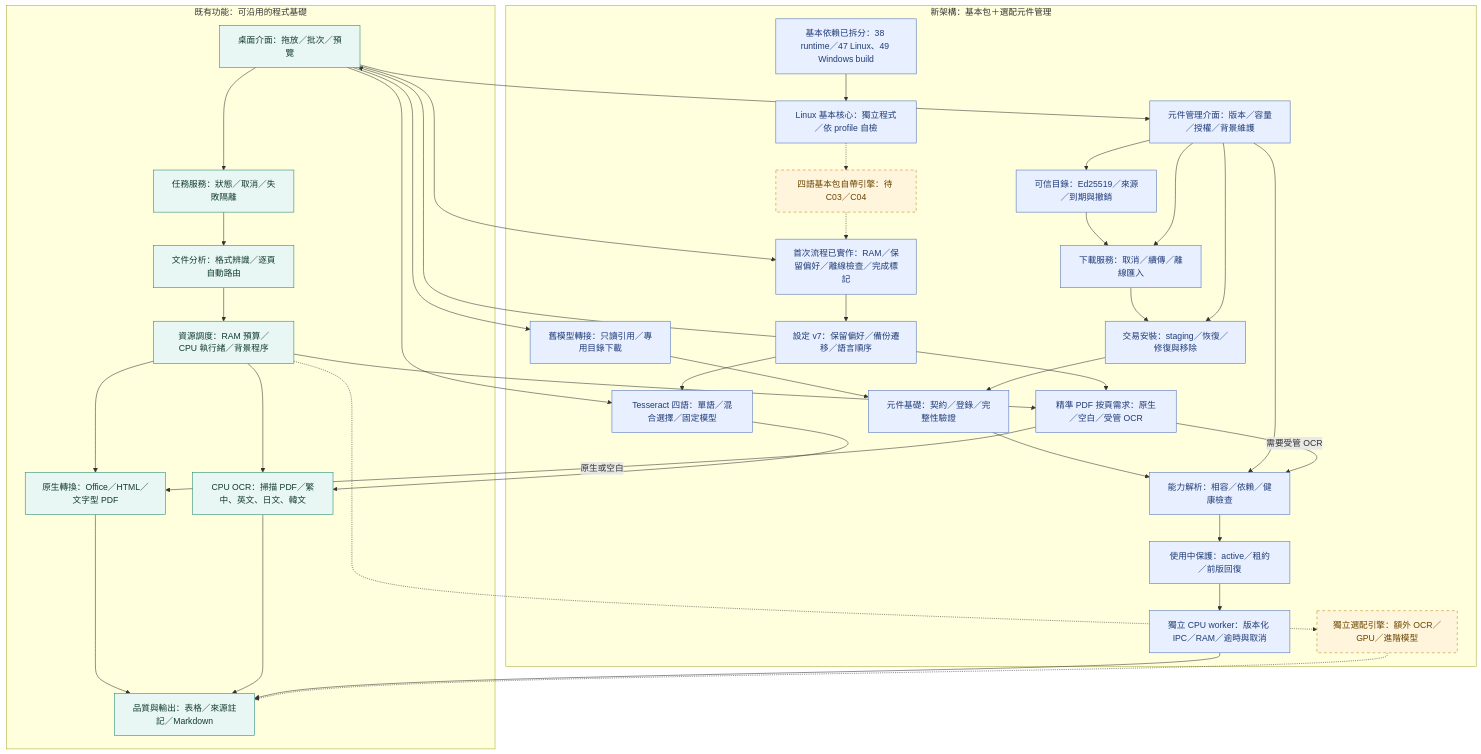
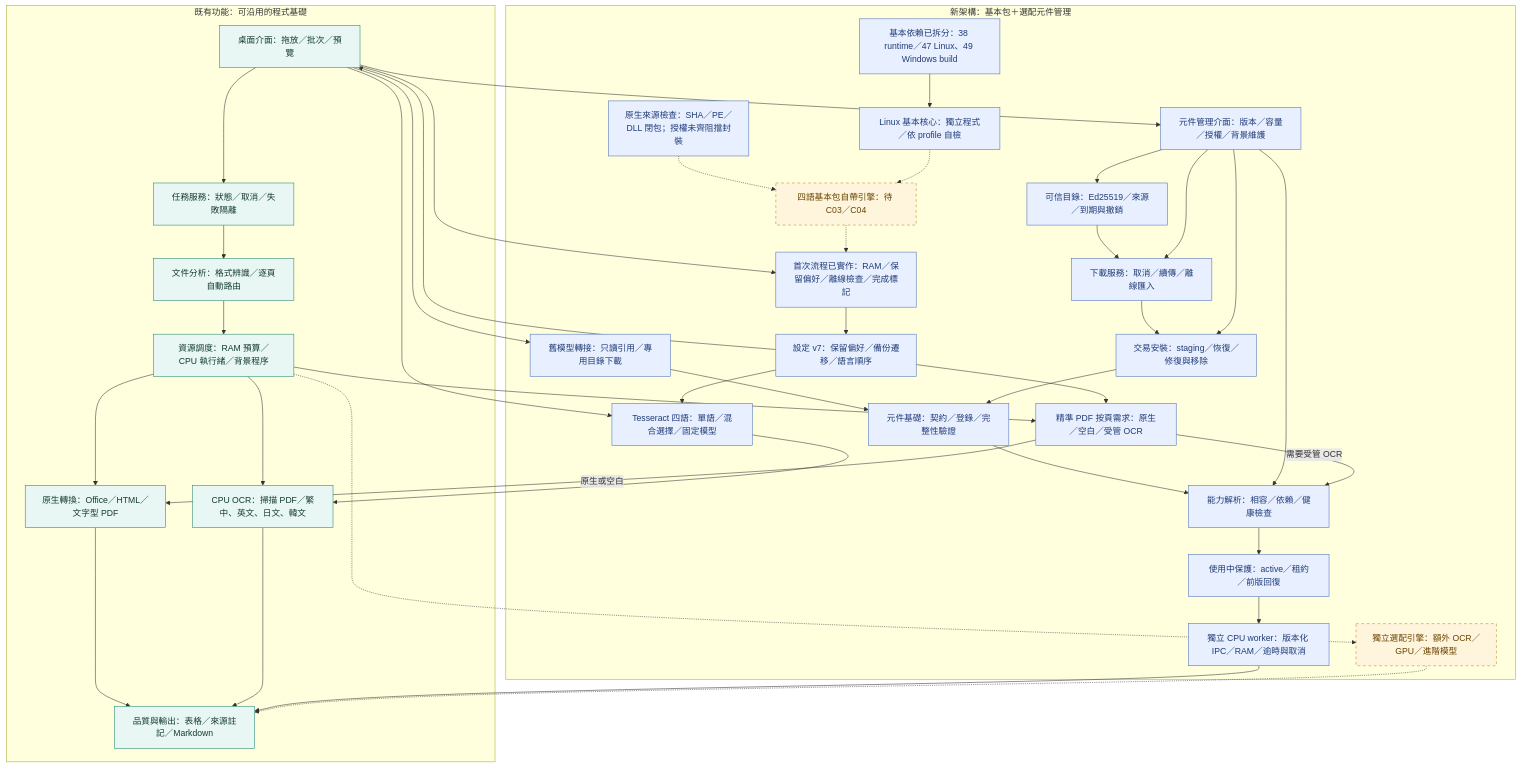
The diagram in README.md (ChouTa-chuan/MarkItDown-exe), drawn with Mermaid before and after one commit. The commit also changed other lines of this file and 62 other files, not shown here.

````diff
--- a/README.md
+++ b/README.md
@@ -21,62 +21,64 @@
 ```mermaid
 flowchart TD
     subgraph Existing["既有功能：可沿用的程式基礎"]
         UI["桌面介面：拖放／批次／預覽"] --> APP["任務服務：狀態／取消／失敗隔離"]
         APP --> PLAN["文件分析：格式辨識／逐頁自動路由"]
         PLAN --> RES["資源調度：RAM 預算／CPU 執行緒／背景程序"]
         RES --> NATIVE["原生轉換：Office／HTML／文字型 PDF"]
         RES --> OCR["CPU OCR：掃描 PDF／繁中、英文、日文、韓文"]
         NATIVE --> QUALITY["品質與輸出：表格／來源註記／Markdown"]
         OCR --> QUALITY
     end
     subgraph Planned["新架構：基本包＋選配元件管理"]
         COMPONENTUI["元件管理介面：版本／容量／授權／背景維護"]
         FIRST["四語基本包自帶引擎：待 C03／C04"]
         PROFILE["基本依賴已拆分：38 runtime／47 Linux、49 Windows build"]
         PROFILEBUILD["Linux 基本核心：獨立程式／依 profile 自檢"]
         FIRSTFLOW["首次流程已實作：RAM／保留偏好／離線檢查／完成標記"]
         COMPONENTS["元件基礎：契約／登錄／完整性驗證"]
         CAPABILITY["能力解析：相容／依賴／健康檢查"]
+        NATIVEASSETS["原生來源檢查：SHA／PE／DLL 閉包；授權未齊阻擋封裝"]
         LANGUAGES["Tesseract 四語：單語／混合選擇／固定模型"]
         ROUTE["精準 PDF 按頁需求：原生／空白／受管 OCR"]
         CPUWORKER["獨立 CPU worker：版本化 IPC／RAM／逾時與取消"]
         OPTIONAL["獨立選配引擎：額外 OCR／GPU／進階模型"]
         COMPONENTS --> CAPABILITY
         LEGACY["舊模型轉接：只讀引用／專用目錄下載"]
         PREFS["設定 v7：保留偏好／備份遷移／語言順序"]
         LEGACY --> COMPONENTS
         CATALOG["可信目錄：Ed25519／來源／到期與撤銷"] --> DOWNLOAD["下載服務：取消／續傳／離線匯入"]
         DOWNLOAD --> INSTALL["交易安裝：staging／恢復／修復與移除"]
         INSTALL --> COMPONENTS
         CAPABILITY --> LEASE["使用中保護：active／租約／前版回復"]
     end
     UI --> LANGUAGES
     LANGUAGES --> OCR
     PREFS --> LANGUAGES
     UI --> COMPONENTUI
     COMPONENTUI --> INSTALL
     COMPONENTUI --> CATALOG
     COMPONENTUI --> CAPABILITY
     LEASE --> CPUWORKER
     CPUWORKER --> QUALITY
     RES --> ROUTE
     ROUTE -->|需要受管 OCR| CAPABILITY
     ROUTE -->|原生或空白| NATIVE
     COMPONENTUI --> DOWNLOAD
     UI --> LEGACY
     PREFS --> UI
     UI --> FIRSTFLOW
     FIRSTFLOW --> PREFS
     PROFILE --> PROFILEBUILD
+    NATIVEASSETS -.-> FIRST
     PROFILEBUILD -.-> FIRST
     FIRST -.-> FIRSTFLOW
     PREFS --> ROUTE
     RES -.-> OPTIONAL
     OPTIONAL -.-> QUALITY
     classDef existing fill:#e8f7f3,stroke:#21856d,color:#153c31;
     classDef foundation fill:#e8efff,stroke:#4c6fb8,color:#203c77;
-    class COMPONENTS,CAPABILITY,LEGACY,PREFS,CATALOG,DOWNLOAD,INSTALL,LEASE,CPUWORKER,COMPONENTUI,FIRSTFLOW,ROUTE,PROFILE,PROFILEBUILD,LANGUAGES foundation;
+    class COMPONENTS,CAPABILITY,LEGACY,PREFS,CATALOG,DOWNLOAD,INSTALL,LEASE,CPUWORKER,COMPONENTUI,FIRSTFLOW,ROUTE,PROFILE,PROFILEBUILD,LANGUAGES,NATIVEASSETS foundation;
     classDef planned fill:#fff4dc,stroke:#be8519,color:#694500,stroke-dasharray:5 5;
     class UI,APP,PLAN,RES,NATIVE,OCR,QUALITY existing;
     class FIRST,OPTIONAL planned;
 ```
````
